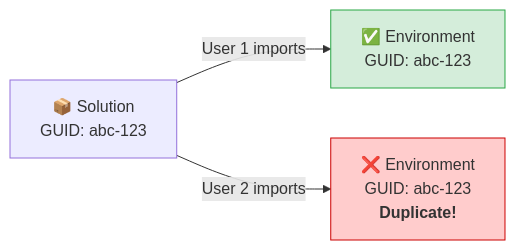
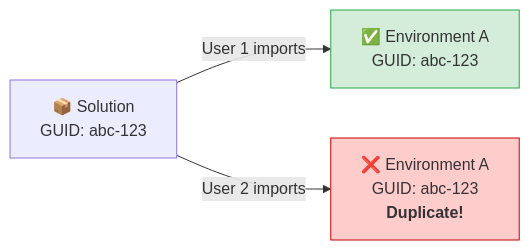
Before and after one commit to johantre/ms-outlook-invite: the second of 4 diagrams in POWER-AUTOMATE-IMPORT.md, drawn with Mermaid.

Commit message:
More pleasant to read

````diff
--- a/POWER-AUTOMATE-IMPORT.md
+++ b/POWER-AUTOMATE-IMPORT.md
@@ -44,10 +44,10 @@
 ```mermaid
 flowchart LR
     SOL["📦 Solution<br/>GUID: abc-123"]
 
-    SOL -->|"User 1 imports"| ENV1["✅ Environment<br/>GUID: abc-123"]
-    SOL -->|"User 2 imports"| ENV2["❌ Environment<br/>GUID: abc-123<br/><b>Duplicate!</b>"]
+    SOL -->|"User 1 imports"| ENV1["✅ Environment A<br/>GUID: abc-123"]
+    SOL -->|"User 2 imports"| ENV2["❌ Environment A<br/>GUID: abc-123<br/><b>Duplicate!</b>"]
 
     style ENV1 fill:#d4edda,stroke:#28a745
     style ENV2 fill:#ffcccc,stroke:#cc0000
 ```
````
